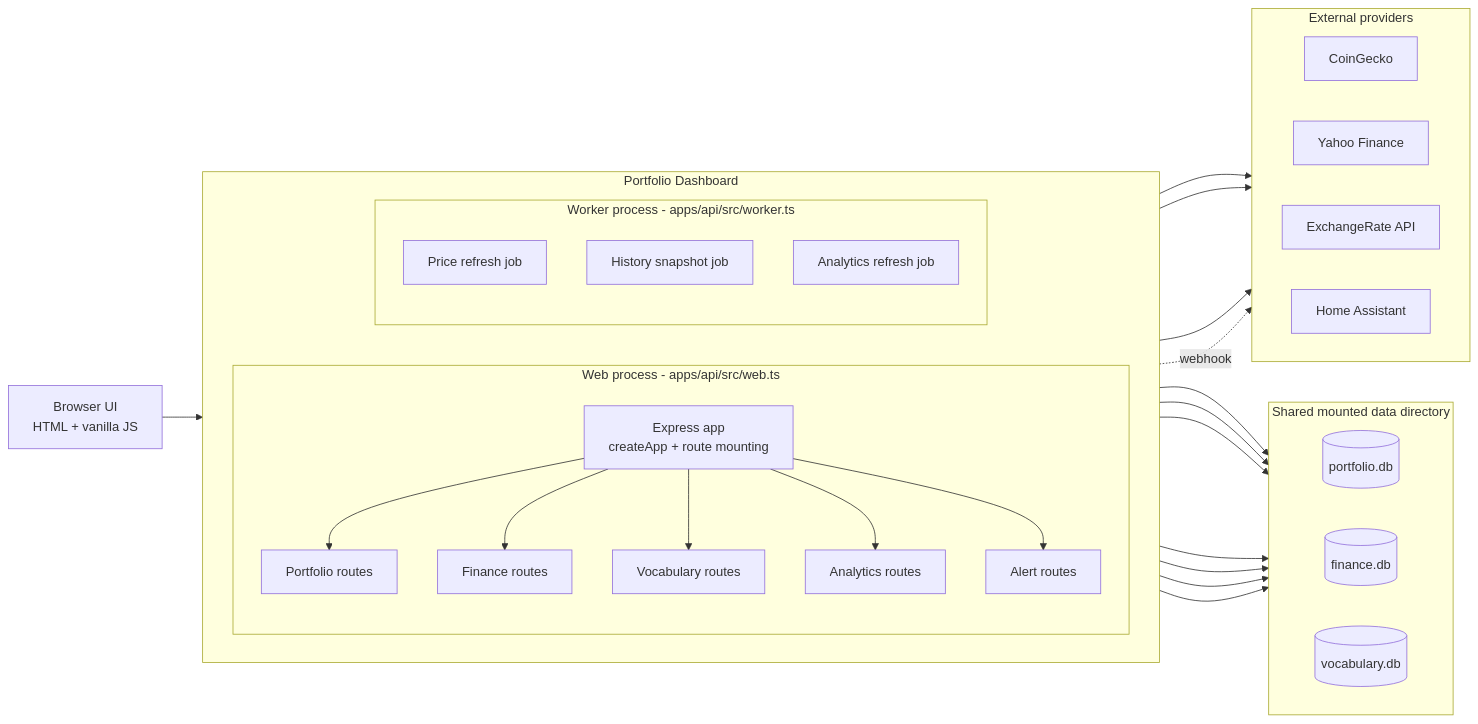
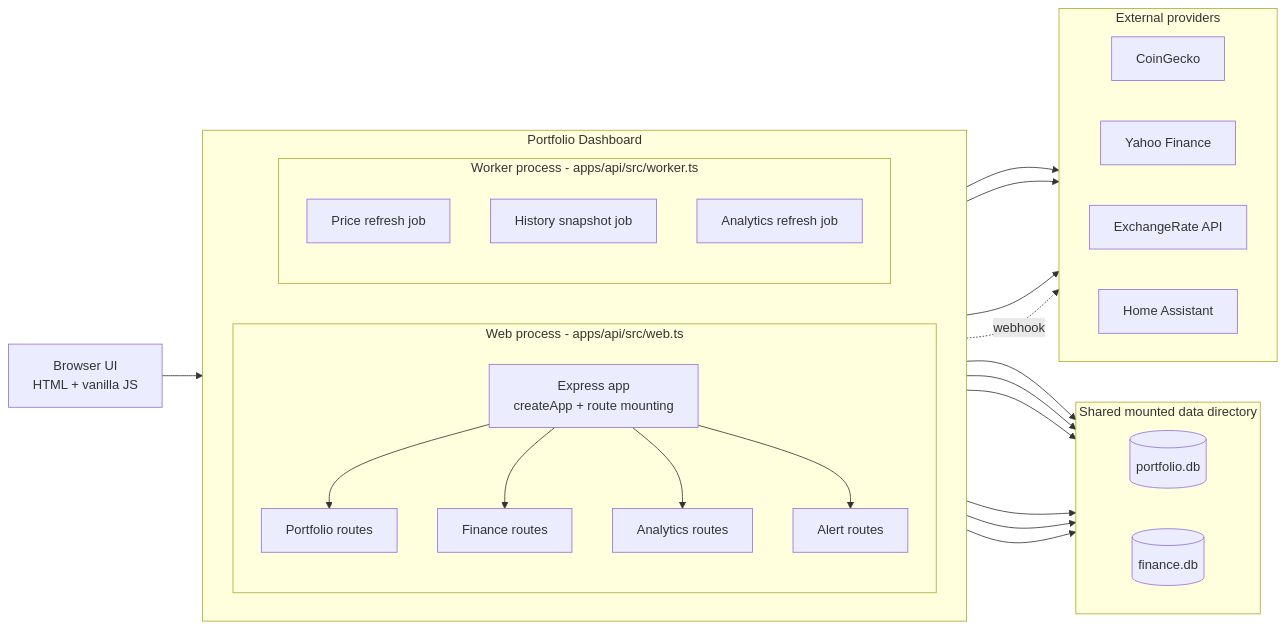
Before and after one commit to renanmoraisdasilva/portfolio-dashboard: the first of 3 diagrams in docs/ARCHITECTURE-OVERVIEW.md, drawn with Mermaid. The commit also changed other lines of this file and 21 other files, not shown here.

````diff
--- a/docs/ARCHITECTURE-OVERVIEW.md
+++ b/docs/ARCHITECTURE-OVERVIEW.md
@@ -5,61 +5,57 @@
 ```mermaid
 flowchart LR
     Browser[Browser UI<br/>HTML + vanilla JS]
 
     subgraph Application[Portfolio Dashboard]
         direction LR
 
         subgraph Web[Web process - apps/api/src/web.ts]
             direction TB
             App[Express app<br/>createApp + route mounting]
             PortfolioRoutes[Portfolio routes]
             FinanceRoutes[Finance routes]
-            VocabularyRoutes[Vocabulary routes]
             AnalyticsRoutes[Analytics routes]
             AlertRoutes[Alert routes]
             App --> PortfolioRoutes
             App --> FinanceRoutes
-            App --> VocabularyRoutes
             App --> AnalyticsRoutes
             App --> AlertRoutes
         end
 
         subgraph Worker[Worker process - apps/api/src/worker.ts]
             direction TB
             PriceJob[Price refresh job]
             HistoryJob[History snapshot job]
             AnalyticsJob[Analytics refresh job]
         end
     end
 
     subgraph Storage[Shared mounted data directory]
         direction LR
         Portfolio[(portfolio.db)]
         FinanceDB[(finance.db)]
-        VocabDB[(vocabulary.db)]
     end
 
     subgraph Providers[External providers]
         direction LR
         CoinGecko[CoinGecko]
         Yahoo[Yahoo Finance]
         Exchange[ExchangeRate API]
         HA[Home Assistant]
     end
 
     Browser --> App
 
     PortfolioRoutes --> Portfolio
     AnalyticsRoutes --> Portfolio
     FinanceRoutes --> FinanceDB
-    VocabularyRoutes --> VocabDB
 
     PriceJob --> Portfolio
     HistoryJob --> Portfolio
     AnalyticsJob --> Portfolio
 
     PriceJob --> CoinGecko
     PriceJob --> Yahoo
     PriceJob --> Exchange
     AlertRoutes -. webhook .-> HA
 ```
````
